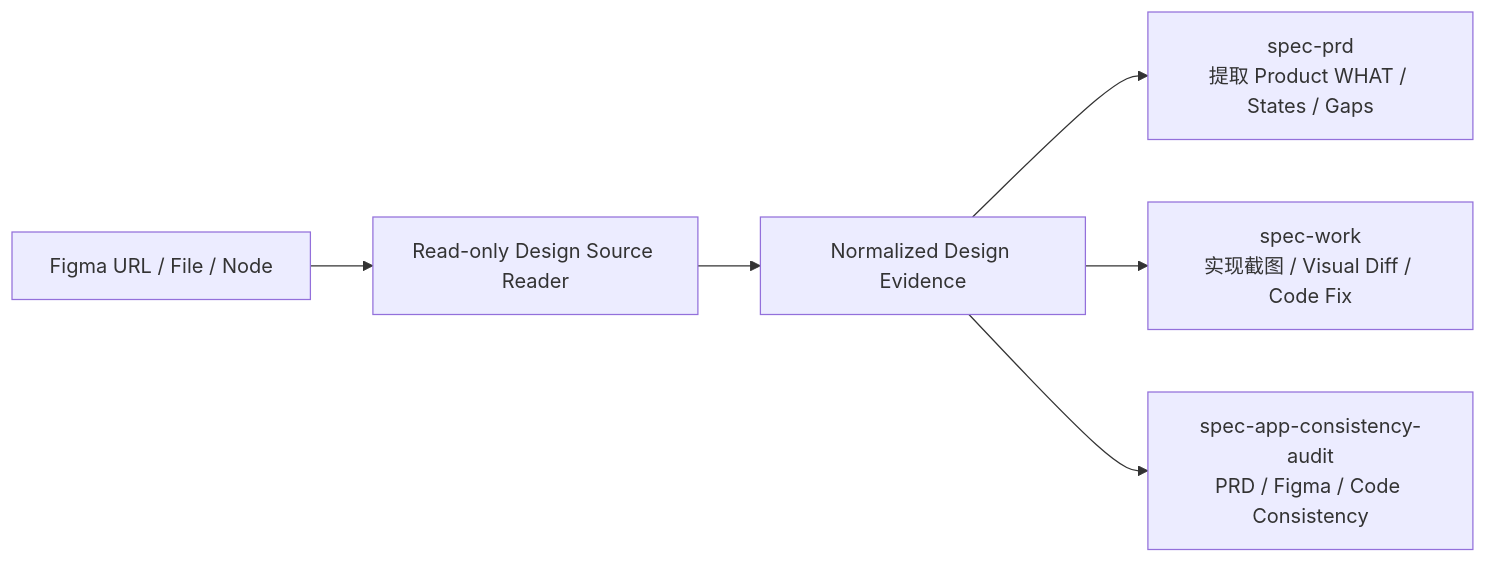
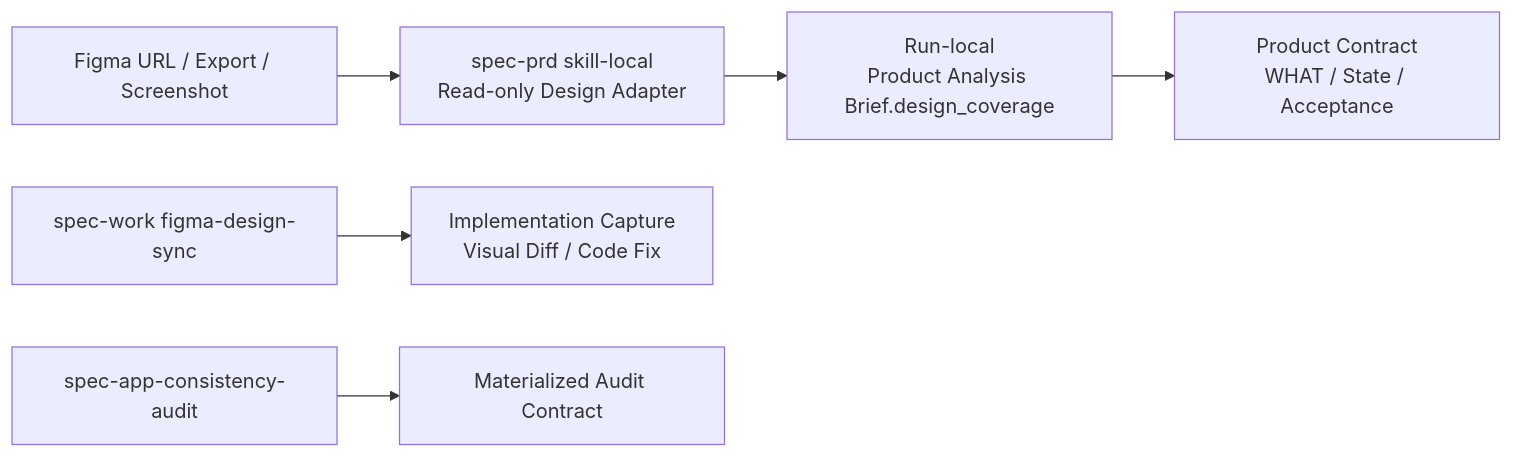
Before and after one commit to leo-kuang-ai/spec-first: the fifth of 5 diagrams in docs/validation/spec-prd/2026-07-11-spec-prd-skill-goal-and-restructure-review.md, drawn with Mermaid. The commit also changed other lines of this file and 39 other files, not shown here.

Commit message:
chore(repo): sync local changes

````diff
--- a/docs/validation/spec-prd/2026-07-11-spec-prd-skill-goal-and-restructure-review.md
+++ b/docs/validation/spec-prd/2026-07-11-spec-prd-skill-goal-and-restructure-review.md
@@ -468,8 +503,8 @@
 ```mermaid
 flowchart LR
-    A[Figma URL / File / Node] --> B[Read-only Design Source Reader]
-    B --> C[Normalized Design Evidence]
-    C --> D[spec-prd<br/>提取 Product WHAT / States / Gaps]
-    C --> E[spec-work<br/>实现截图 / Visual Diff / Code Fix]
-    C --> F[spec-app-consistency-audit<br/>PRD / Figma / Code Consistency]
+    A[Figma URL / Export / Screenshot] --> B[spec-prd skill-local<br/>Read-only Design Adapter]
+    B --> C[Run-local<br/>Product Analysis Brief.design_coverage]
+    C --> D[Product Contract<br/>WHAT / State / Acceptance]
+    E[spec-work figma-design-sync] --> F[Implementation Capture<br/>Visual Diff / Code Fix]
+    G[spec-app-consistency-audit] --> H[Materialized Audit Contract]
 ```
````
